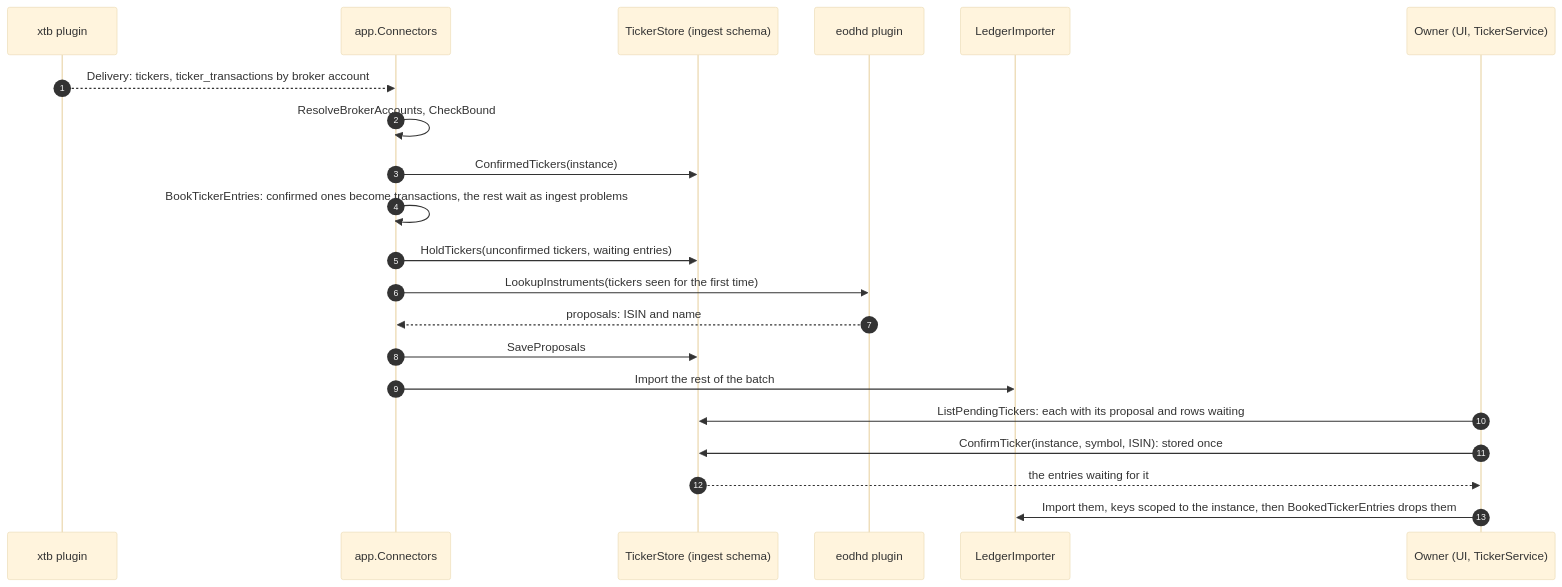
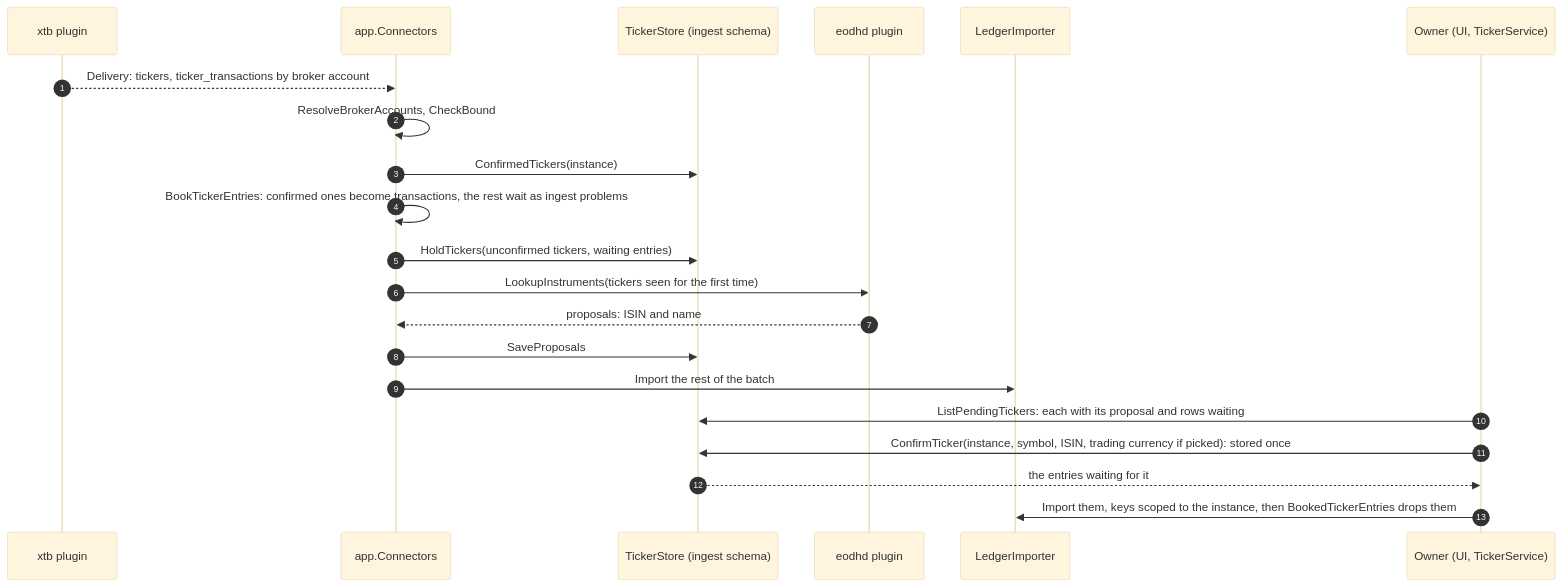
The eighth of 10 diagrams in docs/concepts/ingest.md (arkadiuss/openfief), drawn with Mermaid (base theme) before and after one commit. The commit also changed other lines of this file and 69 other files, not shown here.

````diff
--- a/docs/concepts/ingest.md
+++ b/docs/concepts/ingest.md
@@ -444,23 +444,23 @@
 ```mermaid
 sequenceDiagram
   autonumber
   participant P as xtb plugin
   participant C as app.Connectors
   participant T as TickerStore (ingest schema)
   participant M as eodhd plugin
   participant L as LedgerImporter
   participant O as Owner (UI, TickerService)
   P-->>C: Delivery: tickers, ticker_transactions by broker account
   C->>C: ResolveBrokerAccounts, CheckBound
   C->>T: ConfirmedTickers(instance)
   C->>C: BookTickerEntries: confirmed ones become transactions, the rest wait as ingest problems
   C->>T: HoldTickers(unconfirmed tickers, waiting entries)
   C->>M: LookupInstruments(tickers seen for the first time)
   M-->>C: proposals: ISIN and name
   C->>T: SaveProposals
   C->>L: Import the rest of the batch
   O->>T: ListPendingTickers: each with its proposal and rows waiting
-  O->>T: ConfirmTicker(instance, symbol, ISIN): stored once
+  O->>T: ConfirmTicker(instance, symbol, ISIN, trading currency if picked): stored once
   T-->>O: the entries waiting for it
   O->>L: Import them, keys scoped to the instance, then BookedTickerEntries drops them
 ```
````
